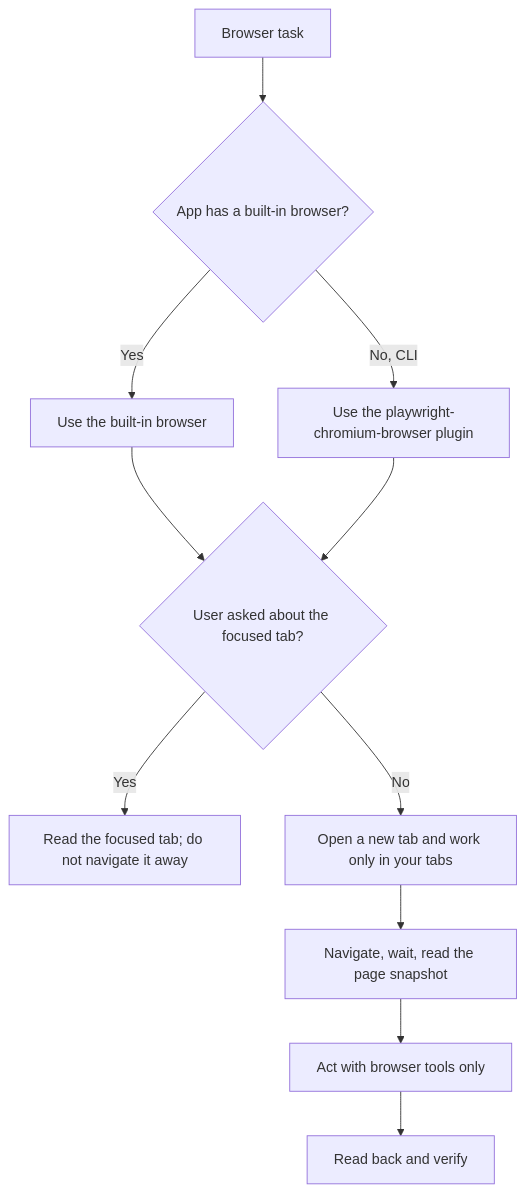
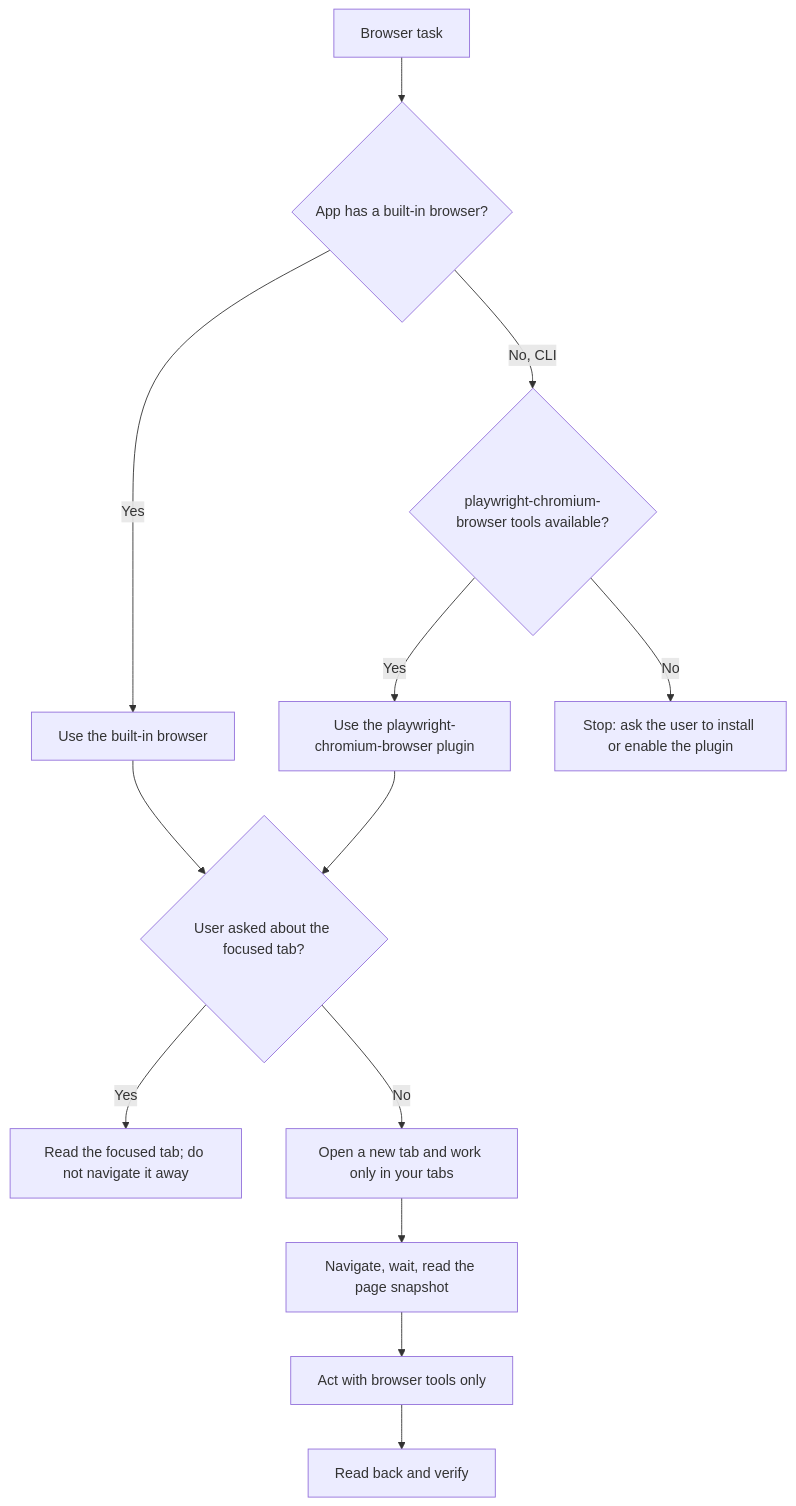
One commit to fsw0422/skills changed the diagram in browser-pilot/SKILL.md. Above: the diagram before and after it, drawn with Mermaid. The commit also changed other lines of this file and 9 other files, not shown here.

First line of the commit message:
browser-pilot: built-in browser in apps, Playwright otherwise, never your own Chrome (#5)

````diff
--- a/browser-pilot/SKILL.md
+++ b/browser-pilot/SKILL.md
@@ -12,13 +12,15 @@
 ```mermaid
 flowchart TD
     A[Browser task] --> B{App has a built-in browser?}
     B -- Yes --> C[Use the built-in browser]
-    B -- No, CLI --> D[Use the playwright-chromium-browser plugin]
-    C --> E{User asked about the focused tab?}
-    D --> E
-    E -- Yes --> F[Read the focused tab; do not navigate it away]
-    E -- No --> G[Open a new tab and work only in your tabs]
-    G --> H[Navigate, wait, read the page snapshot]
-    H --> I[Act with browser tools only]
-    I --> J[Read back and verify]
+    B -- No, CLI --> D{playwright-chromium-browser tools available?}
+    D -- Yes --> E[Use the playwright-chromium-browser plugin]
+    D -- No --> X[Stop: ask the user to install or enable the plugin]
+    C --> F{User asked about the focused tab?}
+    E --> F
+    F -- Yes --> G[Read the focused tab; do not navigate it away]
+    F -- No --> H[Open a new tab and work only in your tabs]
+    H --> I[Navigate, wait, read the page snapshot]
+    I --> J[Act with browser tools only]
+    J --> K[Read back and verify]
 ```
````
